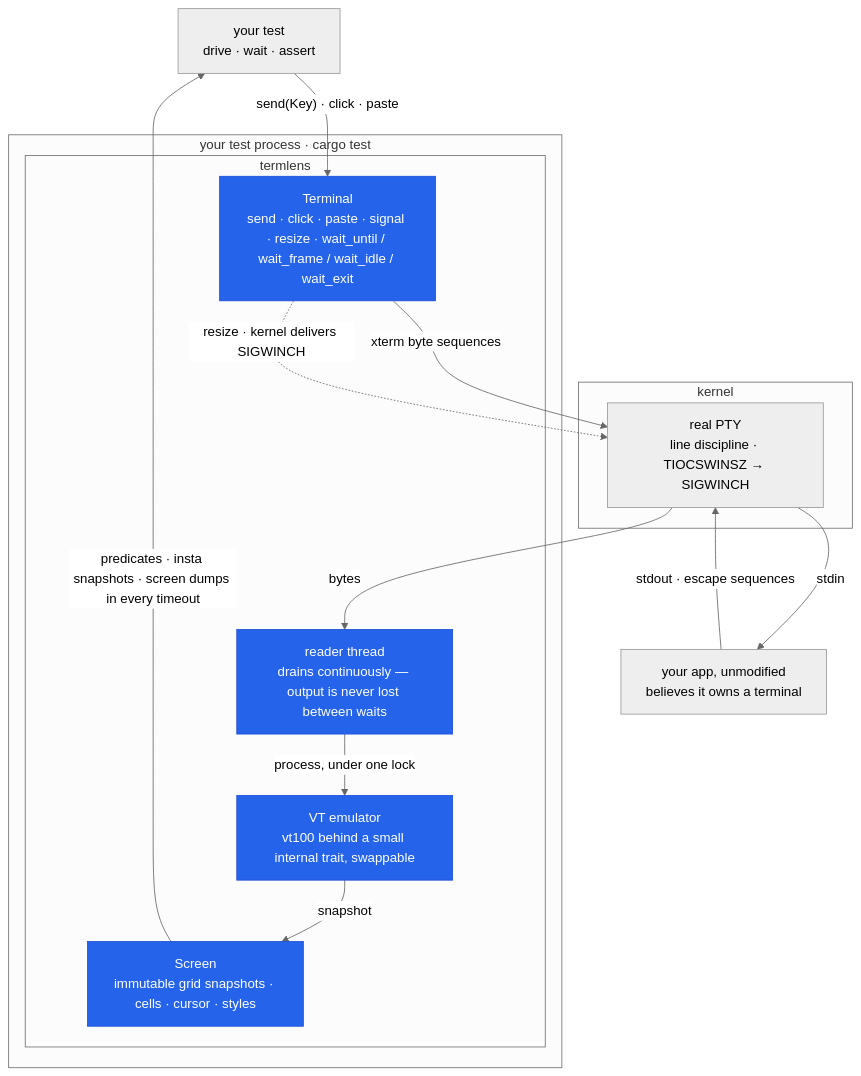
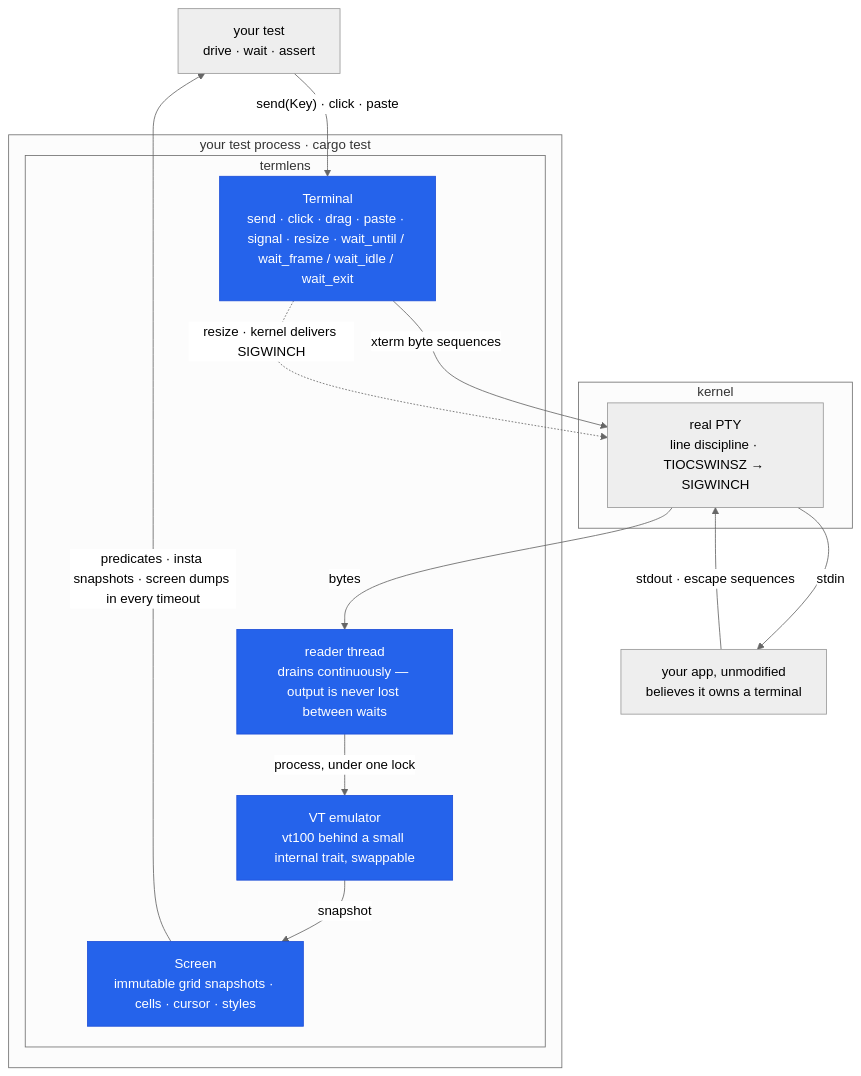
Before and after one commit to cestercian/termlens: the diagram in README.md, drawn with Mermaid (neutral theme). The commit also changed other lines of this file and 4 other files, not shown here.

````diff
--- a/README.md
+++ b/README.md
@@ -59,28 +59,28 @@
 ```mermaid
 flowchart TB
   test["your test<br/>drive · wait · assert"]
   subgraph proc["your test process · cargo test"]
     subgraph tt["termlens"]
-      api["Terminal<br/>send · click · paste · signal · resize · wait_until / wait_frame / wait_idle / wait_exit"]
+      api["Terminal<br/>send · click · drag · paste · signal · resize · wait_until / wait_frame / wait_idle / wait_exit"]
       reader["reader thread<br/>drains continuously — output is never lost between waits"]
       emu["VT emulator<br/>vt100 behind a small internal trait, swappable"]
       screen["Screen<br/>immutable grid snapshots · cells · cursor · styles"]
     end
   end
   subgraph kernel["kernel"]
     PTY["real PTY<br/>line discipline · TIOCSWINSZ → SIGWINCH"]
   end
   app["your app, unmodified<br/>believes it owns a terminal"]
 
   test -->|"send(Key) · click · paste"| api
   api -->|"xterm byte sequences"| PTY
   api -.->|"resize · kernel delivers SIGWINCH"| PTY
   PTY -->|stdin| app
   app -->|"stdout · escape sequences"| PTY
   PTY -->|bytes| reader
   reader -->|"process, under one lock"| emu
   emu -->|"snapshot"| screen
   screen -->|"predicates · insta snapshots · screen dumps in every timeout"| test
   classDef ours fill:#2563eb,color:#ffffff,stroke:#1d4ed8,stroke-width:1px;
   class api,reader,emu,screen ours
 ```
````
